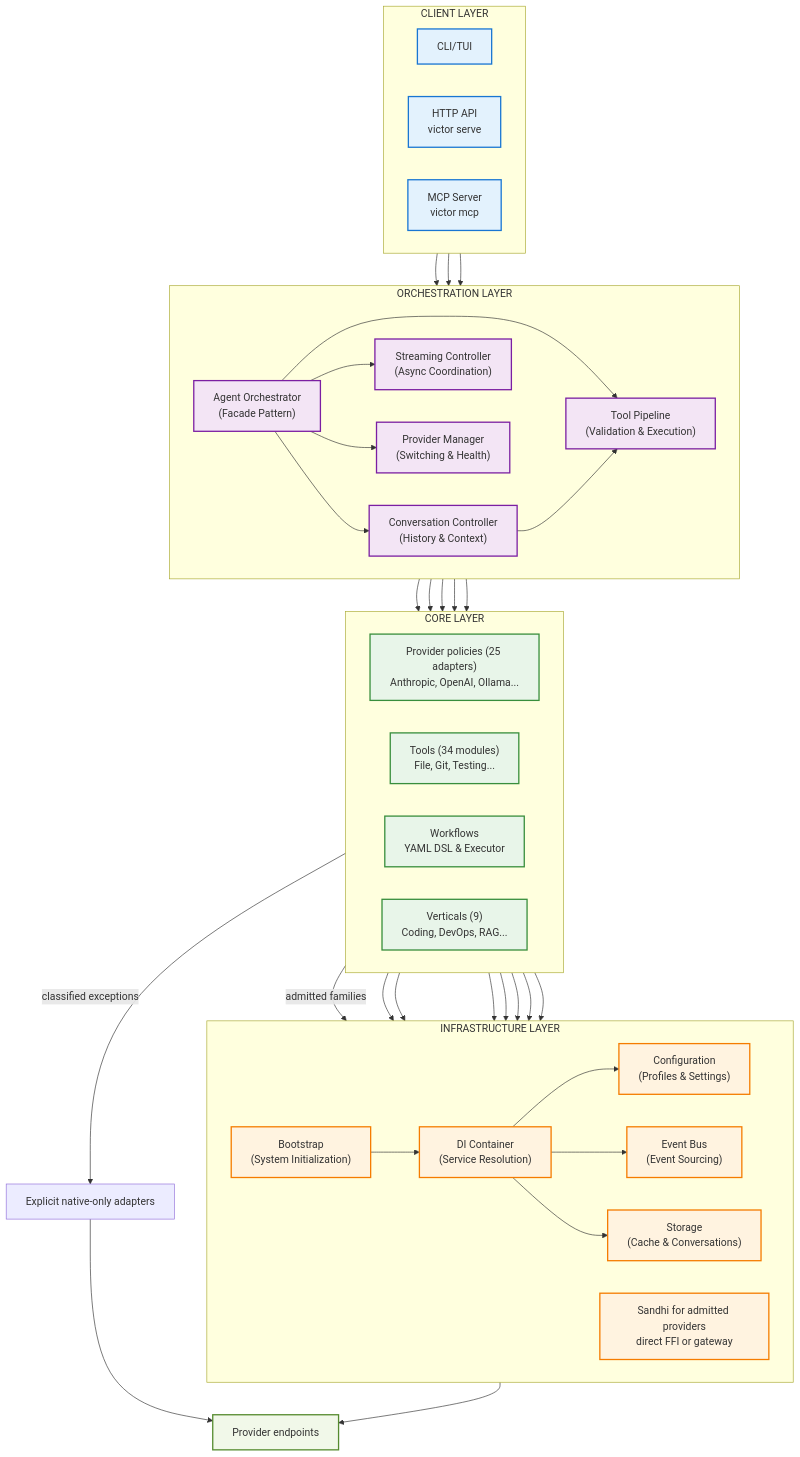
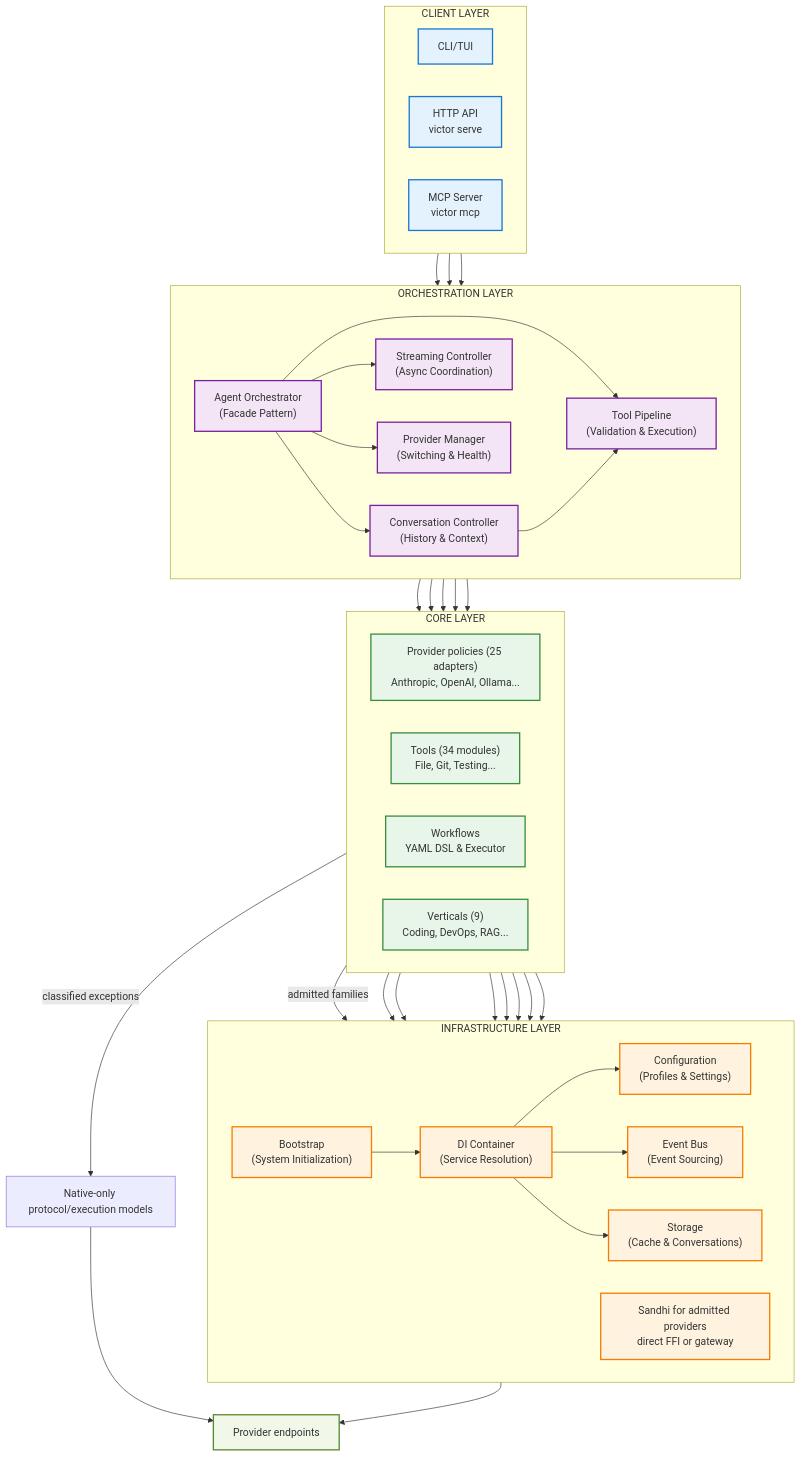
The diagram in docs/diagrams/architecture/system-overview.mmd (anvai-labs/victor), drawn with Mermaid before and after one commit. The commit also changed 4 other files, not shown here.

Commit message:
docs: refine Sandhi provider execution flow

```diff
--- a/docs/diagrams/architecture/system-overview.mmd
+++ b/docs/diagrams/architecture/system-overview.mmd
@@ -1,91 +1,91 @@
 flowchart TB
     subgraph Clients["CLIENT LAYER"]
         direction LR
         CLI["CLI/TUI"]
         HTTP["HTTP API<br/>victor serve"]
         MCP["MCP Server<br/>victor mcp"]
     end
 
     subgraph Orchestration["ORCHESTRATION LAYER"]
         direction LR
         Orch["Agent Orchestrator<br/>(Facade Pattern)"]
         Conv["Conversation Controller<br/>(History & Context)"]
         ToolPipe["Tool Pipeline<br/>(Validation & Execution)"]
         StreamCtrl["Streaming Controller<br/>(Async Coordination)"]
         ProvMgr["Provider Manager<br/>(Switching & Health)"]
     end
 
     subgraph Core["CORE LAYER"]
         direction LR
         Prov["Provider policies (25 adapters)<br/>Anthropic, OpenAI, Ollama..."]
         Tools["Tools (34 modules)<br/>File, Git, Testing..."]
         WFs["Workflows<br/>YAML DSL & Executor"]
         Verts["Verticals (9)<br/>Coding, DevOps, RAG..."]
     end
 
     Models["Provider endpoints"]
-    Native["Explicit native-only adapters"]
+    Native["Native-only protocol/execution models"]
 
     subgraph Infra["INFRASTRUCTURE LAYER"]
         direction LR
         DI["DI Container<br/>(Service Resolution)"]
         Events["Event Bus<br/>(Event Sourcing)"]
         Config["Configuration<br/>(Profiles & Settings)"]
         Storage["Storage<br/>(Cache & Conversations)"]
         Sandhi["Sandhi for admitted providers<br/>direct FFI or gateway"]
         Bootstrap["Bootstrap<br/>(System Initialization)"]
     end
 
     %% Client to Orchestration connections
     CLI --> Orch
     HTTP --> Orch
     MCP --> Orch
 
     %% Orchestration internal connections
     Orch --> Conv
     Orch --> ToolPipe
     Orch --> StreamCtrl
     Orch --> ProvMgr
 
     Conv --> ToolPipe
     ProvMgr --> Prov
     Prov -->|"admitted families"| Sandhi
     Prov -->|"classified exceptions"| Native
     Sandhi --> Models
     Native --> Models
 
     %% Orchestration to Core connections
     ToolPipe --> Tools
     ProvMgr --> Prov
     Orch --> WFs
     Orch --> Verts
 
     %% Core to Infrastructure connections
     Prov --> Events
     Tools --> Events
     WFs --> Events
     Verts --> Events
 
     Prov --> Config
     Tools --> Config
     WFs --> Storage
 
     %% Infrastructure internal connections
     Bootstrap --> DI
     DI --> Config
     DI --> Events
     DI --> Storage
 
     %% Styling
     classDef clientStyle fill:#E3F2FD,stroke:#1976D2,stroke-width:2px
     classDef orchestrationStyle fill:#F3E5F5,stroke:#7B1FA2,stroke-width:2px
     classDef coreStyle fill:#E8F5E9,stroke:#388E3C,stroke-width:2px
     classDef infraStyle fill:#FFF3E0,stroke:#F57C00,stroke-width:2px
 
     class CLI,HTTP,MCP clientStyle
     class Orch,Conv,ToolPipe,StreamCtrl,ProvMgr orchestrationStyle
     class Prov,Tools,WFs,Verts coreStyle
     class DI,Events,Config,Storage,Sandhi,Bootstrap infraStyle
     class Models endpointStyle
 
     classDef endpointStyle fill:#F1F8E9,stroke:#558B2F,stroke-width:2px
```
